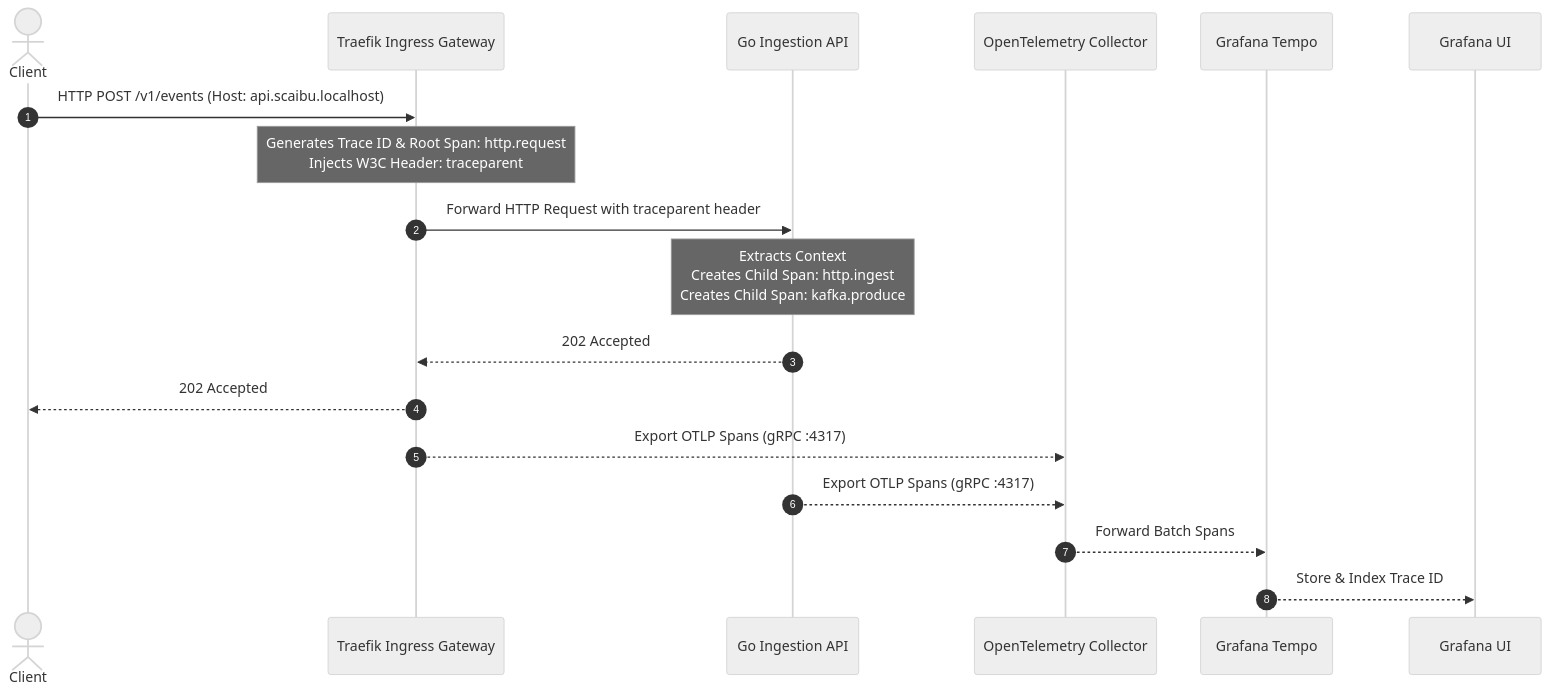
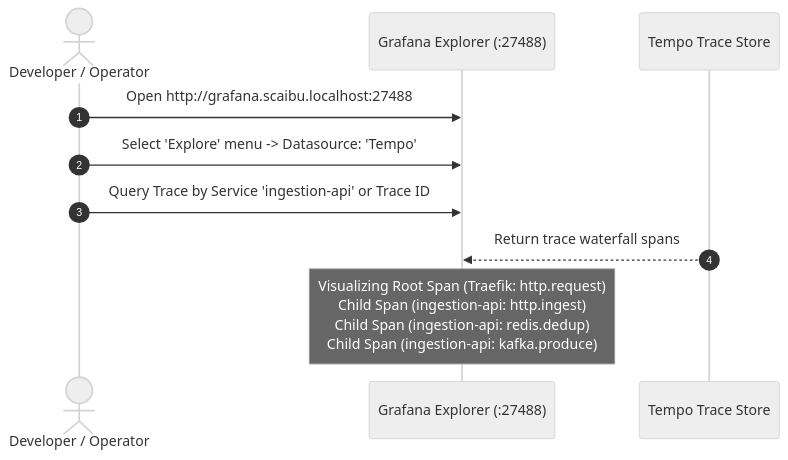
One commit to Chief-Strategist-J/messaging-pipeline changed the fourth of 4 diagrams in README.md. Above: the diagram before and after it, drawn with Mermaid (neutral theme). The commit also changed other lines of this file and 2 other files, not shown here.

Commit message:
fix: resolve Grafana /apis 404 path conflict in Traefik router rules

````diff
--- a/README.md
+++ b/README.md
@@ -190,22 +238,13 @@
 ```mermaid
 sequenceDiagram
     autonumber
-    actor Client
-    participant Traefik as Traefik Ingress Gateway
-    participant API as Go Ingestion API
-    participant OTel as OpenTelemetry Collector
-    participant Tempo as Grafana Tempo
-    participant Grafana as Grafana UI
-
-    Client->>Traefik: HTTP POST /v1/events (Host: api.scaibu.localhost)
-    Note over Traefik: Generates Trace ID & Root Span: http.request<br>Injects W3C Header: traceparent
-    Traefik->>API: Forward HTTP Request with traceparent header
-    Note over API: Extracts Context<br>Creates Child Span: http.ingest<br>Creates Child Span: kafka.produce
-    API-->>Traefik: 202 Accepted
-    Traefik-->>Client: 202 Accepted
-
-    Traefik-->>OTel: Export OTLP Spans (gRPC :4317)
-    API-->>OTel: Export OTLP Spans (gRPC :4317)
-    OTel-->>Tempo: Forward Batch Spans
-    Tempo-->>Grafana: Store & Index Trace ID
+    actor Developer as Developer / Operator
+    participant UI as Grafana Explorer (:27488)
+    participant Tempo as Tempo Trace Store
+    
+    Developer->>UI: Open http://grafana.scaibu.localhost:27488
+    Developer->>UI: Select 'Explore' menu -> Datasource: 'Tempo'
+    Developer->>UI: Query Trace by Service 'ingestion-api' or Trace ID
+    Tempo-->>UI: Return trace waterfall spans
+    Note over UI: Visualizing Root Span (Traefik: http.request)<br/>Child Span (ingestion-api: http.ingest)<br/>Child Span (ingestion-api: redis.dedup)<br/>Child Span (ingestion-api: kafka.produce)
 ```
````
